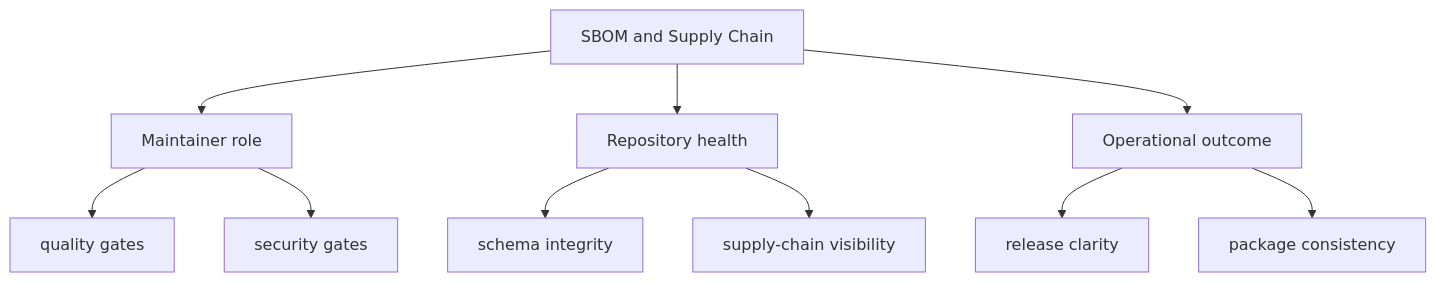
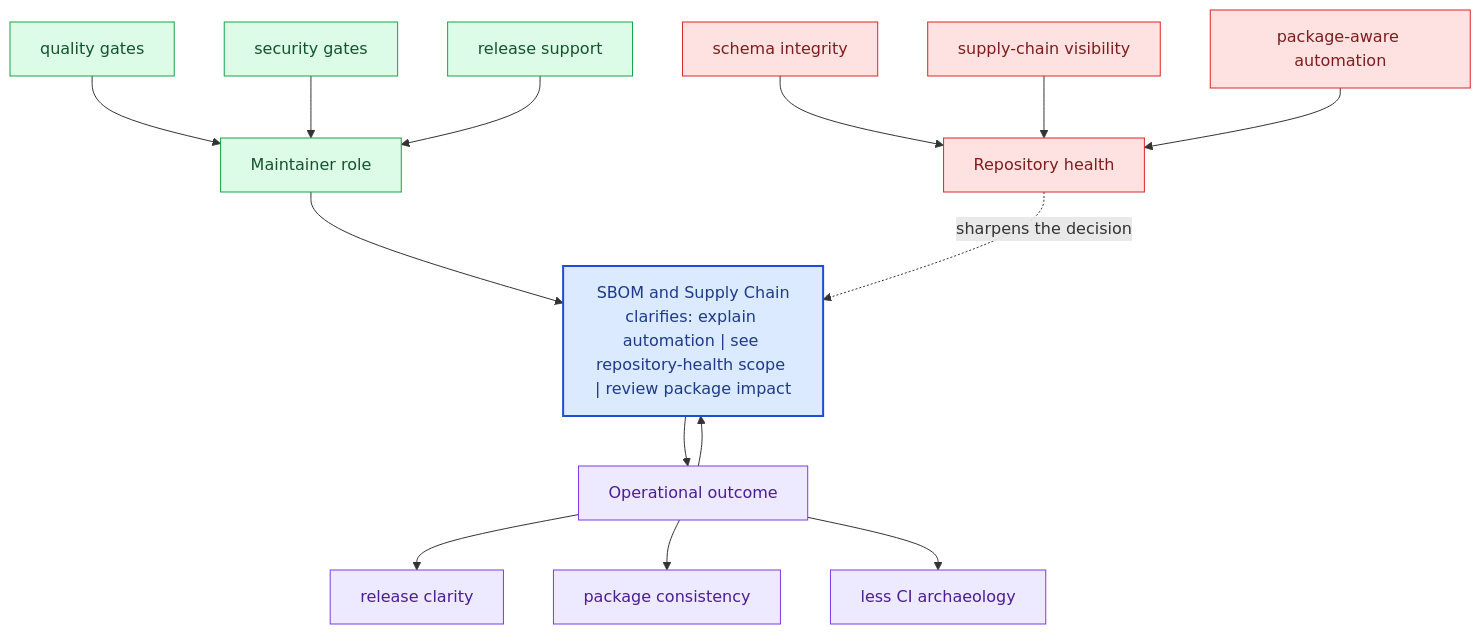
One commit to bijux/bijux-canon changed the second of 2 diagrams in docs/bijux-canon-dev/sbom-and-supply-chain.md. Above: the diagram before and after it, drawn with Mermaid. The commit also changed other lines of this file and 281 other files, not shown here.

Commit message:
docs(diagrams): deepen handbook mermaid maps across the catalog

````diff
--- a/docs/bijux-canon-dev/sbom-and-supply-chain.md
+++ b/docs/bijux-canon-dev/sbom-and-supply-chain.md
@@ -35,22 +68,40 @@
 ```mermaid
-flowchart TD
-    page["SBOM and Supply Chain"]
+flowchart TB
+    promise["SBOM and Supply Chain<br/>clarifies: explain automation | see repository-health scope | review package impact"]
+    classDef promise fill:#dbeafe,stroke:#1d4ed8,color:#1e3a8a,stroke-width:2px;
+    classDef driver fill:#dcfce7,stroke:#16a34a,color:#14532d;
+    classDef constraint fill:#fee2e2,stroke:#dc2626,color:#7f1d1d;
+    classDef ground fill:#ede9fe,stroke:#7c3aed,color:#4c1d95;
     focus1["Maintainer role"]
-    page --> focus1
+    focus1 --> promise
     focus1_1["quality gates"]
-    focus1 --> focus1_1
+    focus1_1 --> focus1
     focus1_2["security gates"]
-    focus1 --> focus1_2
+    focus1_2 --> focus1
+    focus1_3["release support"]
+    focus1_3 --> focus1
+    class focus1 driver;
+    class focus1_1,focus1_2,focus1_3 driver;
     focus2["Repository health"]
-    page --> focus2
+    focus2 -.sharpens the decision.-> promise
     focus2_1["schema integrity"]
-    focus2 --> focus2_1
+    focus2_1 --> focus2
     focus2_2["supply-chain visibility"]
-    focus2 --> focus2_2
+    focus2_2 --> focus2
+    focus2_3["package-aware automation"]
+    focus2_3 --> focus2
+    class focus2 constraint;
+    class focus2_1,focus2_2,focus2_3 constraint;
     focus3["Operational outcome"]
-    page --> focus3
+    focus3 --> promise
+    promise --> focus3
     focus3_1["release clarity"]
     focus3 --> focus3_1
     focus3_2["package consistency"]
     focus3 --> focus3_2
+    focus3_3["less CI archaeology"]
+    focus3 --> focus3_3
+    class focus3 ground;
+    class focus3_1,focus3_2,focus3_3 ground;
+    class promise promise;
 ```
````
